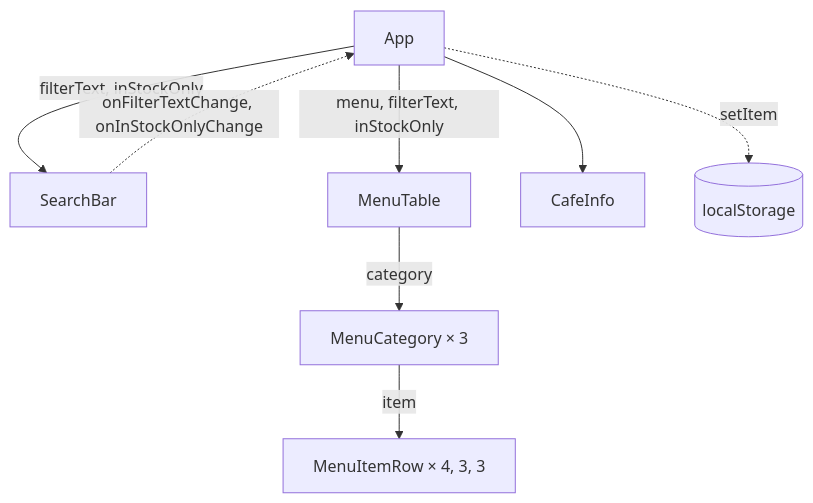
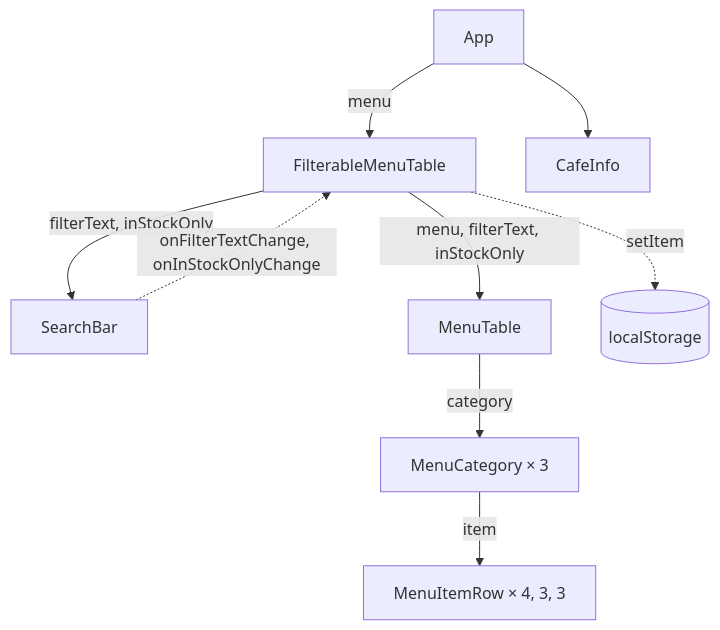
One commit to San4o-0/REACT_labs_2026 changed the diagram in lab-4/README.md. Above: the diagram before and after it, drawn with Mermaid. The commit also changed other lines of this file, not shown here.

Commit message:
docs: compare renders before and after state colocation

````diff
--- a/lab-4/README.md
+++ b/lab-4/README.md
@@ -31,10 +31,11 @@
 ```mermaid
 flowchart TD
-  App -->|"filterText, inStockOnly"| SearchBar
-  App -->|"menu, filterText, inStockOnly"| MenuTable
+  App -->|menu| FilterableMenuTable
   App --> CafeInfo
+  FilterableMenuTable -->|"filterText, inStockOnly"| SearchBar
+  FilterableMenuTable -->|"menu, filterText, inStockOnly"| MenuTable
   MenuTable -->|category| MenuCategory["MenuCategory × 3"]
   MenuCategory -->|item| MenuItemRow["MenuItemRow × 4, 3, 3"]
-  SearchBar -.->|"onFilterTextChange, onInStockOnlyChange"| App
-  App -.->|setItem| Storage[("localStorage")]
+  SearchBar -.->|"onFilterTextChange, onInStockOnlyChange"| FilterableMenuTable
+  FilterableMenuTable -.->|setItem| Storage[("localStorage")]
 ```
````
